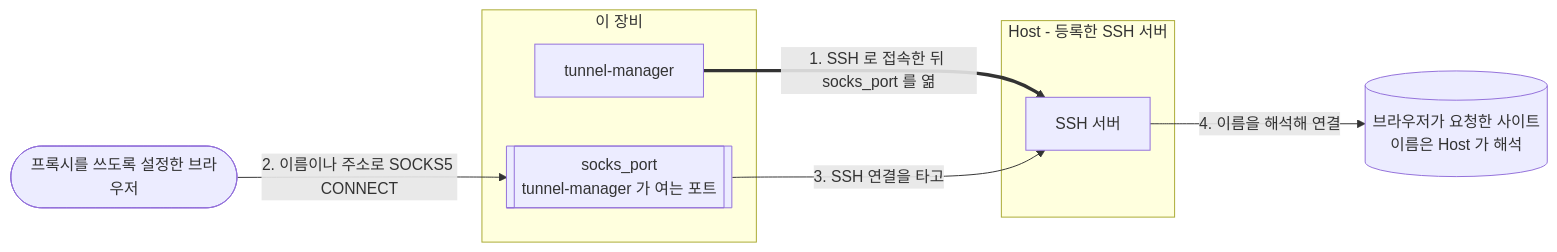
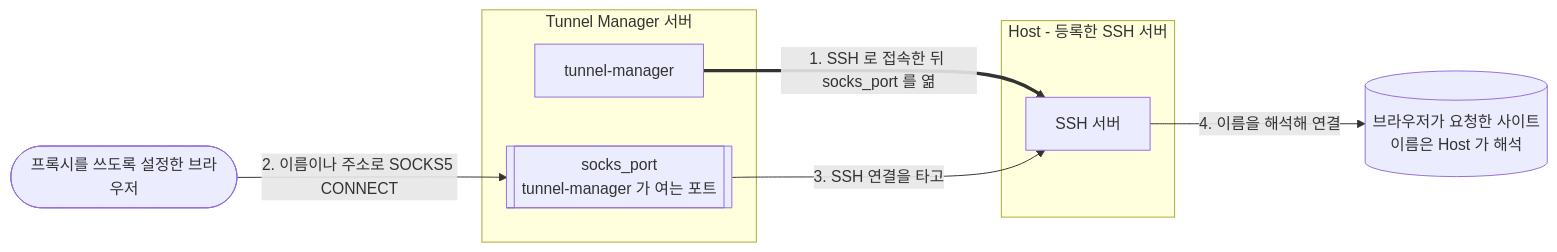
The third of 4 diagrams in docs/reference.ko.md (jollaman999/tunnel-manager), drawn with Mermaid before and after one commit. The commit also changed other lines of this file and 7 other files, not shown here.

Commit message:
docs: Call it the Tunnel Manager server and a jump host

````diff
--- a/docs/reference.ko.md
+++ b/docs/reference.ko.md
@@ -451,17 +451,17 @@
 ```mermaid
 flowchart LR
     browser([프록시를 쓰도록 설정한 브라우저])
-    subgraph here [이 장비]
+    subgraph here [Tunnel Manager 서버]
         port[["socks_port<br/>tunnel-manager 가 여는 포트"]]
         tm[tunnel-manager]
     end
     subgraph host [Host - 등록한 SSH 서버]
         sshd[SSH 서버]
     end
     target[("브라우저가 요청한 사이트<br/>이름은 Host 가 해석")]
 
     tm ==>|"1. SSH 로 접속한 뒤 socks_port 를 엶"| sshd
     browser -->|"2. 이름이나 주소로 SOCKS5 CONNECT"| port
     port -->|"3. SSH 연결을 타고"| sshd
     sshd -->|"4. 이름을 해석해 연결"| target
 ```
````
